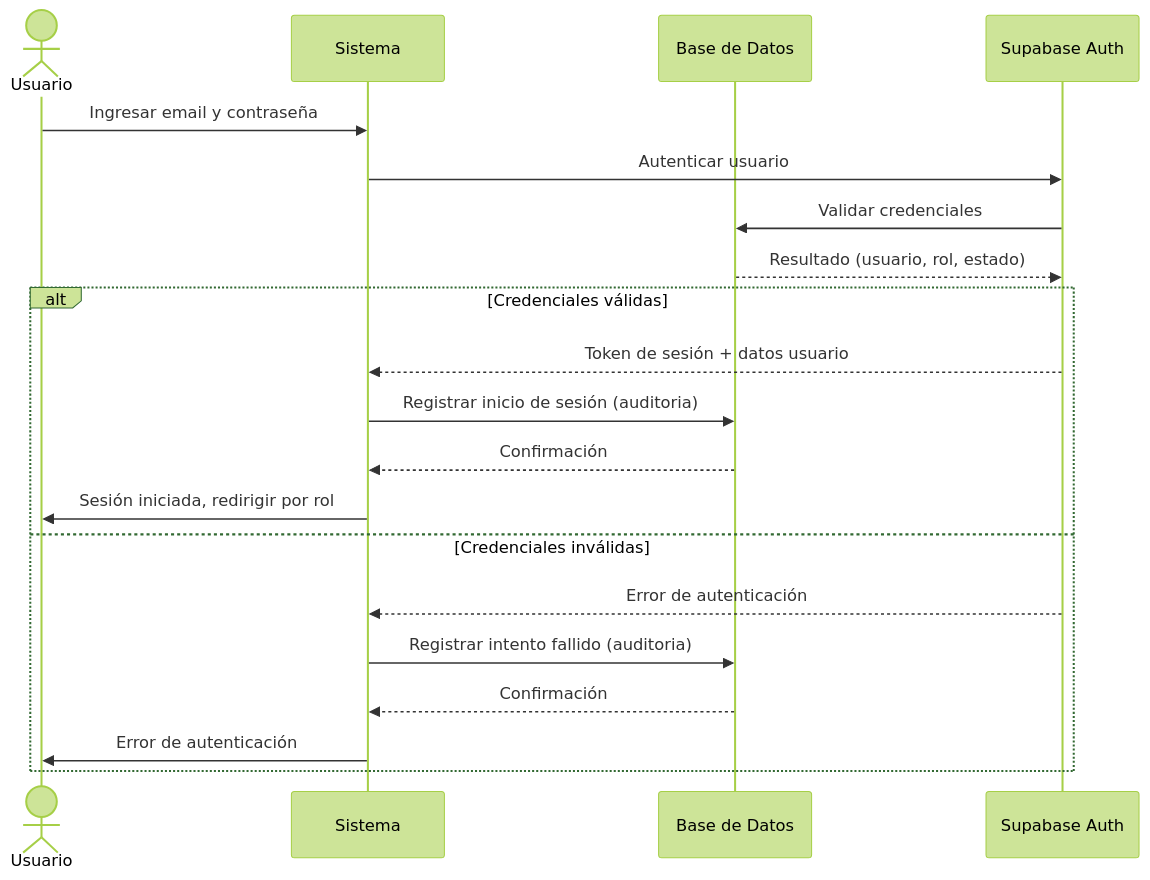
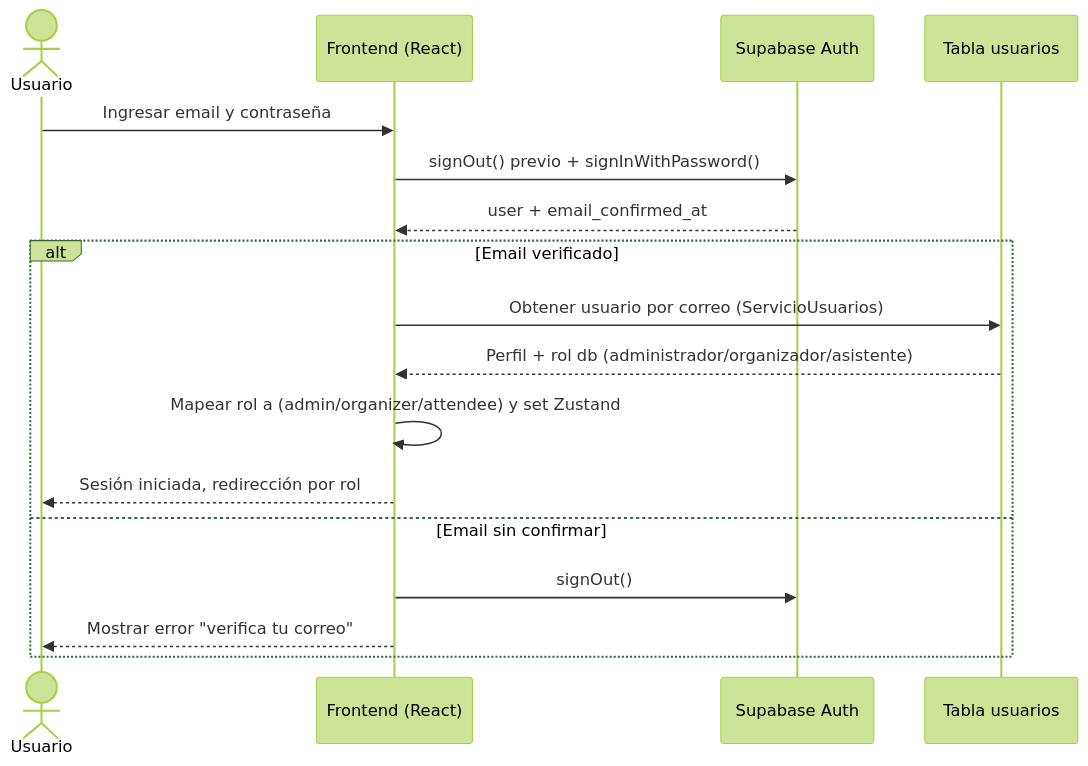
Before and after one commit to Deibyd07/Gestion-de-Eventos: the second of 33 diagrams in Documentacion/Diagramas/Diagrama_Secuencias.md, drawn with Mermaid (forest theme). The commit also changed other lines of this file, not shown here.

Commit message:
Update sequence diagrams to reflect actual implementation

````diff
--- a/Documentacion/Diagramas/Diagrama_Secuencias.md
+++ b/Documentacion/Diagramas/Diagrama_Secuencias.md
@@ -47,23 +51,20 @@
 ```mermaid
 sequenceDiagram
     actor Usuario
-    participant Sistema
-    participant BD as Base de Datos
+    participant App as Frontend (React)
     participant Auth as Supabase Auth
-    
-    Usuario->>Sistema: Ingresar email y contraseña
-    Sistema->>Auth: Autenticar usuario
-    Auth->>BD: Validar credenciales
-    BD-->>Auth: Resultado (usuario, rol, estado)
-    alt Credenciales válidas
-        Auth-->>Sistema: Token de sesión + datos usuario
-        Sistema->>BD: Registrar inicio de sesión (auditoria)
-        BD-->>Sistema: Confirmación
-        Sistema->>Usuario: Sesión iniciada, redirigir por rol
-    else Credenciales inválidas
-        Auth-->>Sistema: Error de autenticación
-        Sistema->>BD: Registrar intento fallido (auditoria)
-        BD-->>Sistema: Confirmación
-        Sistema->>Usuario: Error de autenticación
+    participant BD as Tabla usuarios
+
+    Usuario->>App: Ingresar email y contraseña
+    App->>Auth: signOut() previo + signInWithPassword()
+    Auth-->>App: user + email_confirmed_at
+    alt Email verificado
+        App->>BD: Obtener usuario por correo (ServicioUsuarios)
+        BD-->>App: Perfil + rol db (administrador/organizador/asistente)
+        App->>App: Mapear rol a (admin/organizer/attendee) y set Zustand
+        App-->>Usuario: Sesión iniciada, redirección por rol
+    else Email sin confirmar
+        App->>Auth: signOut()
+        App-->>Usuario: Mostrar error "verifica tu correo"
     end
 ```
````
